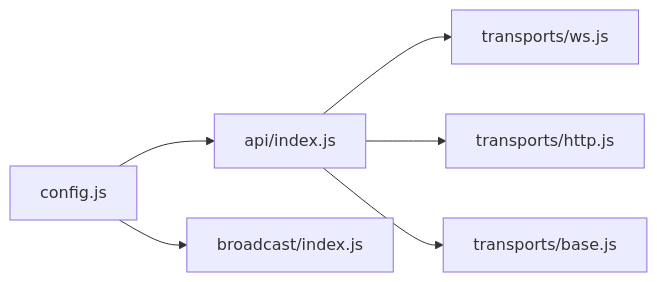
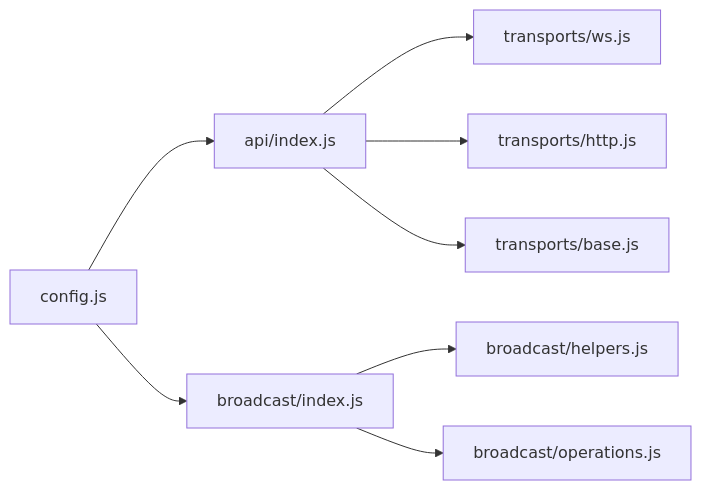
One commit to VIZ-Blockchain/viz-js-lib changed the eighth of 8 diagrams in .qoder/repowiki/en/content/API Reference/Configuration Options.md. Above: the diagram before and after it, drawn with Mermaid. The commit also changed other lines of this file and 3 other files, not shown here.

````diff
--- a/.qoder/repowiki/en/content/API Reference/Configuration Options.md
+++ b/.qoder/repowiki/en/content/API Reference/Configuration Options.md
@@ -294,8 +314,10 @@
 ```mermaid
 graph LR
 Config["config.js"] --> API["api/index.js"]
 Config --> Bcast["broadcast/index.js"]
 API --> T_WS["transports/ws.js"]
 API --> T_HTTP["transports/http.js"]
 API --> T_Base["transports/base.js"]
+Bcast --> Helpers["broadcast/helpers.js"]
+Bcast --> Ops["broadcast/operations.js"]
 ```
````
